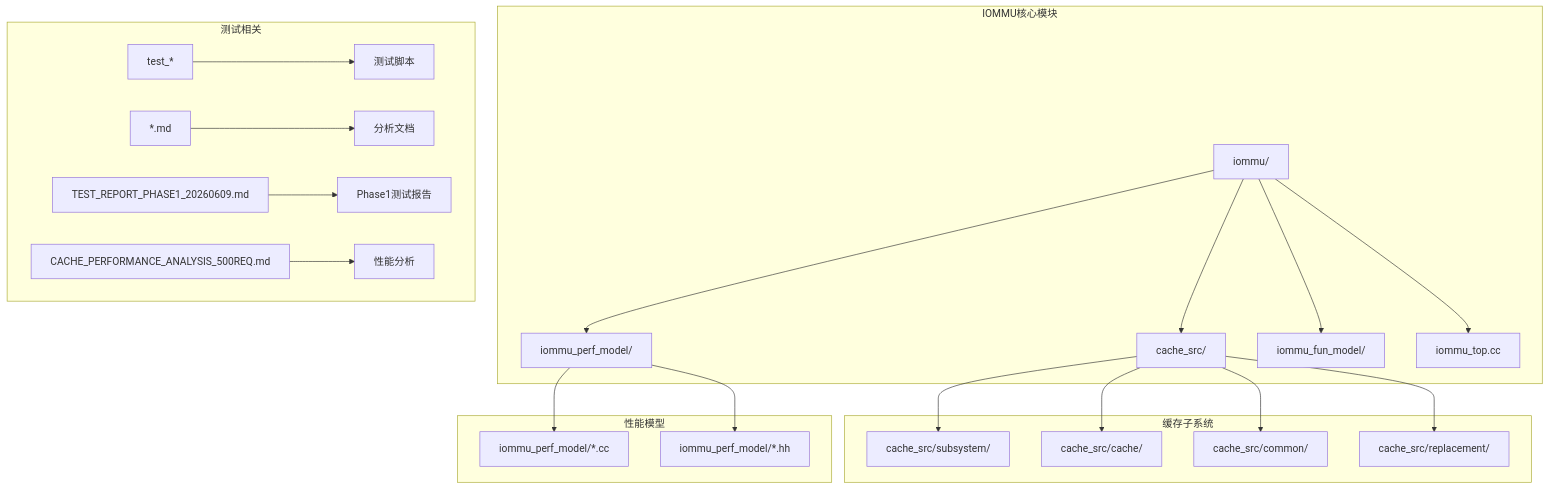
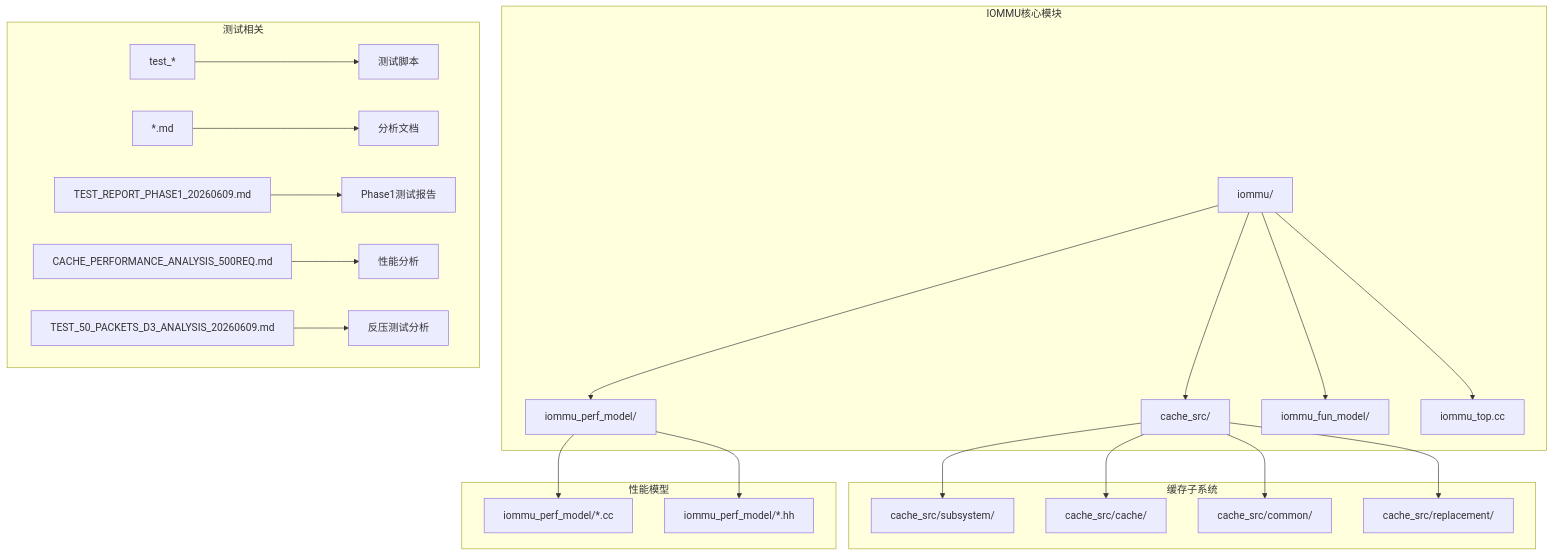
Before and after one commit to jiangjiang1122/iommu_model_20260401_v1: the first of 5 diagrams in .qoder/repowiki/zh/content/测试框架/PT Cache预取测试报告.md, drawn with Mermaid. The commit also changed other lines of this file and 16 other files, not shown here.

````diff
--- a/.qoder/repowiki/zh/content/测试框架/PT Cache预取测试报告.md
+++ b/.qoder/repowiki/zh/content/测试框架/PT Cache预取测试报告.md
@@ -45,25 +46,26 @@
 ```mermaid
 graph TB
 subgraph "IOMMU核心模块"
 A[iommu/] --> B[cache_src/]
 A --> C[iommu_perf_model/]
 A --> D[iommu_fun_model/]
 A --> E[iommu_top.cc]
 end
 subgraph "缓存子系统"
 B --> F[cache_src/subsystem/]
 B --> G[cache_src/cache/]
 B --> H[cache_src/common/]
 B --> I[cache_src/replacement/]
 end
 subgraph "性能模型"
 C --> J[iommu_perf_model/*.cc]
 C --> K[iommu_perf_model/*.hh]
 end
 subgraph "测试相关"
 L[test_*] --> M[测试脚本]
 N[*.md] --> O[分析文档]
 P[TEST_REPORT_PHASE1_20260609.md] --> Q[Phase1测试报告]
 R[CACHE_PERFORMANCE_ANALYSIS_500REQ.md] --> S[性能分析]
+T[TEST_50_PACKETS_D3_ANALYSIS_20260609.md] --> U[反压测试分析]
 end
 ```
````
